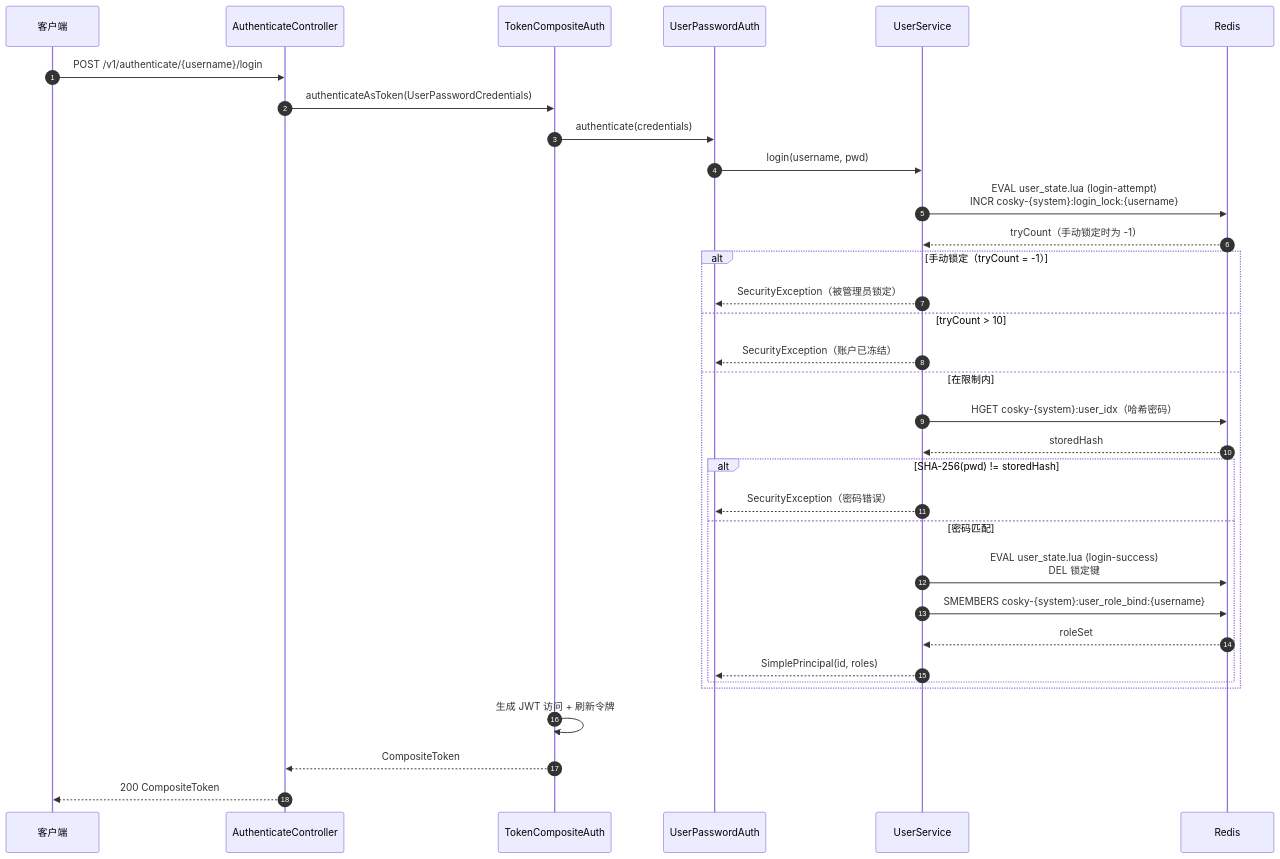
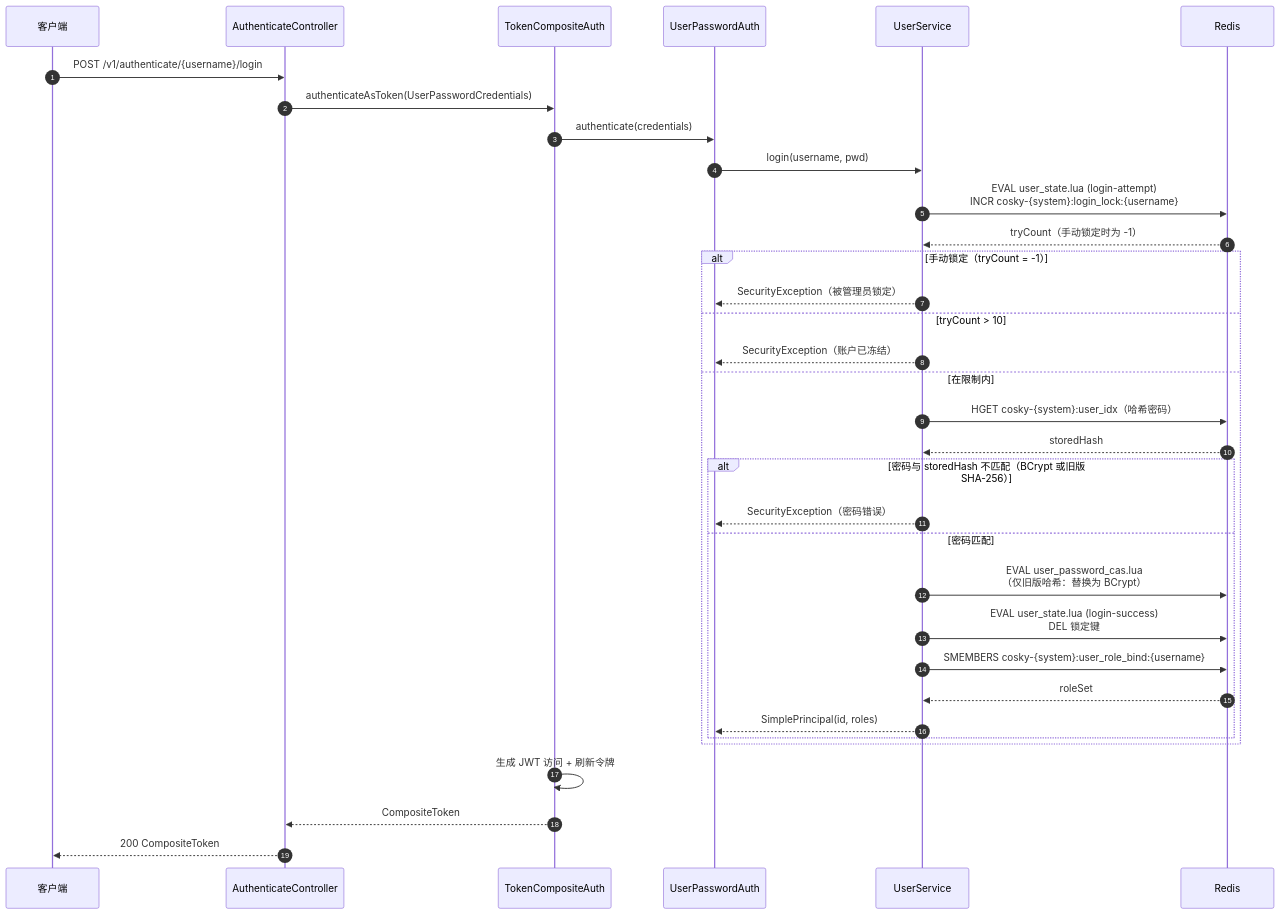
One commit to Ahoo-Wang/CoSky changed the second of 4 diagrams in wiki/zh/guide/security-rbac.md. Above: the diagram before and after it, drawn with Mermaid. The commit also changed other lines of this file and 20 other files, not shown here.

````diff
--- a/wiki/zh/guide/security-rbac.md
+++ b/wiki/zh/guide/security-rbac.md
@@ -80,36 +80,37 @@
 ```mermaid
 sequenceDiagram
     autonumber
     participant Client as 客户端
     participant AuthenticateController
     participant TokenCompositeAuth
     participant UserPasswordAuth
     participant UserService
     participant Redis
 
     Client->>AuthenticateController: POST /v1/authenticate/{username}/login
     AuthenticateController->>TokenCompositeAuth: authenticateAsToken(UserPasswordCredentials)
     TokenCompositeAuth->>UserPasswordAuth: authenticate(credentials)
     UserPasswordAuth->>UserService: login(username, pwd)
     UserService->>Redis: EVAL user_state.lua (login-attempt)<br>INCR cosky-{system}:login_lock:{username}
     Redis-->>UserService: tryCount（手动锁定时为 -1）
     alt 手动锁定（tryCount = -1）
         UserService-->>UserPasswordAuth: SecurityException（被管理员锁定）
     else tryCount > 10
         UserService-->>UserPasswordAuth: SecurityException（账户已冻结）
     else 在限制内
         UserService->>Redis: HGET cosky-{system}:user_idx（哈希密码）
         Redis-->>UserService: storedHash
-        alt SHA-256(pwd) != storedHash
+        alt 密码与 storedHash 不匹配（BCrypt 或旧版 SHA-256）
             UserService-->>UserPasswordAuth: SecurityException（密码错误）
         else 密码匹配
+            UserService->>Redis: EVAL user_password_cas.lua<br>（仅旧版哈希：替换为 BCrypt）
             UserService->>Redis: EVAL user_state.lua (login-success)<br>DEL 锁定键
             UserService->>Redis: SMEMBERS cosky-{system}:user_role_bind:{username}
             Redis-->>UserService: roleSet
             UserService-->>UserPasswordAuth: SimplePrincipal(id, roles)
         end
     end
     TokenCompositeAuth->>TokenCompositeAuth: 生成 JWT 访问 + 刷新令牌
     TokenCompositeAuth-->>AuthenticateController: CompositeToken
     AuthenticateController-->>Client: 200 CompositeToken
 ```
````
